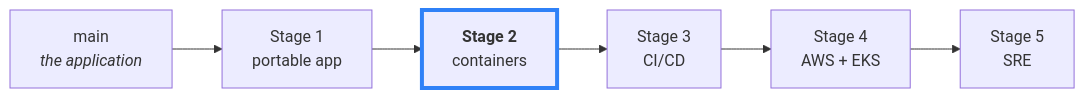
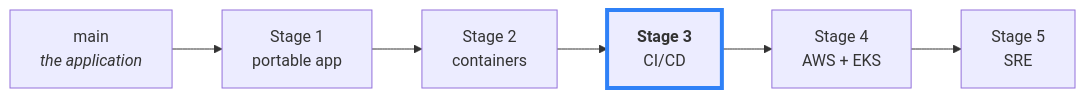
Before and after one commit to gcodiac/python-to-production: the first of 4 diagrams in README.md, drawn with Mermaid. The commit also changed other lines of this file and 1 other file, not shown here.

````diff
--- a/README.md
+++ b/README.md
@@ -7,9 +7,9 @@
 ```mermaid
 flowchart LR
     M["main<br/><i>the application</i>"] --> S1["Stage 1<br/>portable app"]
-    S1 --> S2["<b>Stage 2</b><br/>containers"]
-    S2 --> S3["Stage 3<br/>CI/CD"]
+    S1 --> S2["Stage 2<br/>containers"]
+    S2 --> S3["<b>Stage 3</b><br/>CI/CD"]
     S3 --> S4["Stage 4<br/>AWS + EKS"]
     S4 --> S5["Stage 5<br/>SRE"]
-    style S2 stroke:#2f81f7,stroke-width:4px
+    style S3 stroke:#2f81f7,stroke-width:4px
 ```
````
